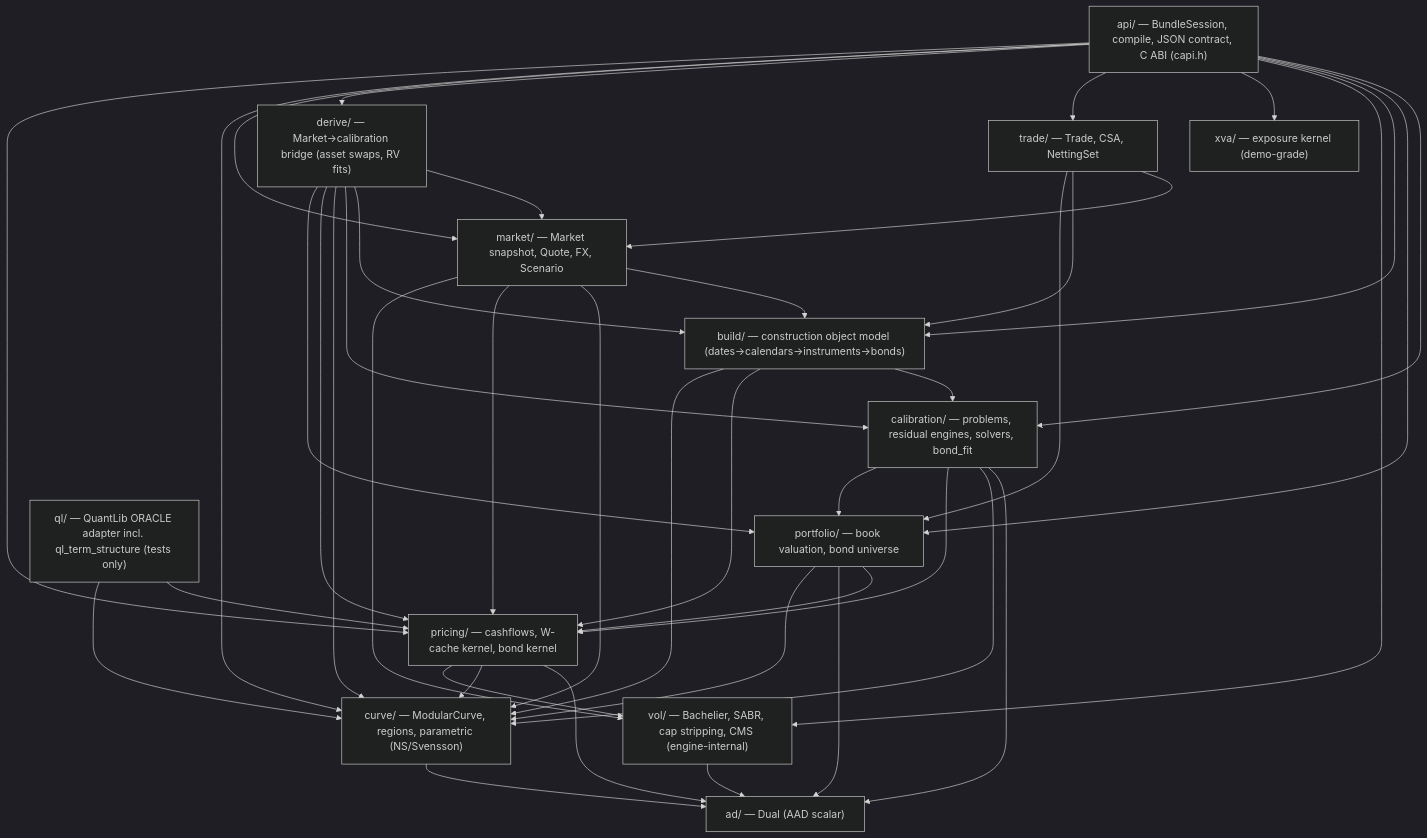
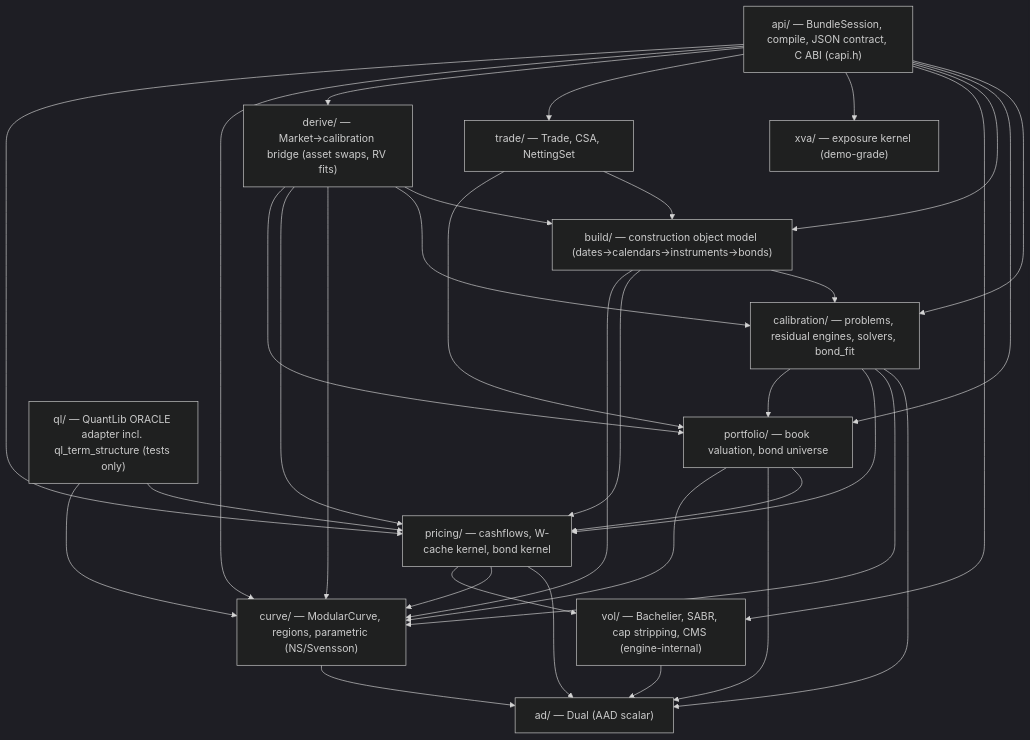
Before and after one commit to kbro123/SwapEngine: the first of 2 diagrams in ARCHITECTURE.md, drawn with Mermaid (dark theme). The commit also changed other lines of this file and 30 other files, not shown here.

````diff
--- a/ARCHITECTURE.md
+++ b/ARCHITECTURE.md
@@ -17,58 +17,50 @@
 ```mermaid
 graph TD
     ad["ad/ — Dual (AAD scalar)"]
     curve["curve/ — ModularCurve, regions, parametric (NS/Svensson)"]
     pricing["pricing/ — cashflows, W-cache kernel, bond kernel"]
     calibration["calibration/ — problems, residual engines, solvers, bond_fit"]
     portfolio["portfolio/ — book valuation, bond universe"]
     build["build/ — construction object model (dates→calendars→instruments→bonds)"]
     vol["vol/ — Bachelier, SABR, cap stripping, CMS (engine-internal)"]
     xva["xva/ — exposure kernel (demo-grade)"]
-    market["market/ — Market snapshot, Quote, FX, Scenario"]
     trade["trade/ — Trade, CSA, NettingSet"]
     derive["derive/ — Market→calibration bridge (asset swaps, RV fits)"]
     api["api/ — BundleSession, compile, JSON contract, C ABI (capi.h)"]
     ql["ql/ — QuantLib ORACLE adapter incl. ql_term_structure (tests only)"]
 
     curve --> ad
     pricing --> ad
     pricing --> curve
     calibration --> ad
     calibration --> curve
     calibration --> pricing
     portfolio --> pricing
     build --> calibration
     build --> pricing
-    market --> build
-    market --> curve
-    market --> pricing
-    trade --> market
     trade --> build
     trade --> portfolio
-    derive --> market
     derive --> build
     derive --> calibration
     api --> calibration
     api --> portfolio
     api --> build
     api --> vol
     api --> xva
     api --> trade
     api --> derive
-    api --> market
     ql --> pricing
     ql --> curve
 
     vol --> ad
     pricing --> vol
-    market --> vol
     portfolio --> ad
     portfolio --> curve
     build --> curve
     calibration --> portfolio
     derive --> curve
     derive --> pricing
     derive --> portfolio
     api --> curve
     api --> pricing
 ```
````
